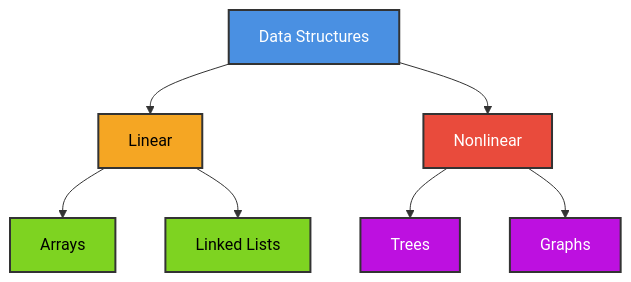
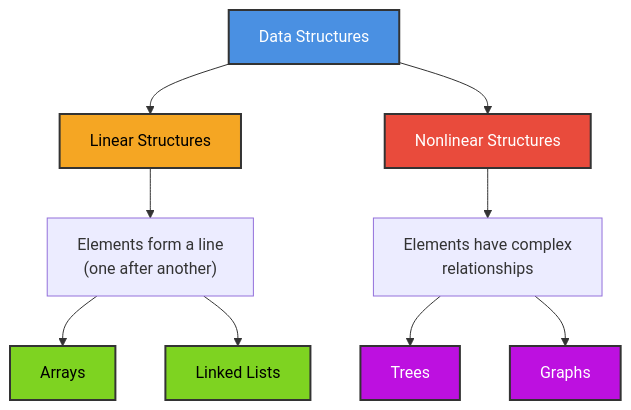
Before and after one commit to M-F-Tushar/CSE-2101-Data-Structure: the first of 39 diagrams in Chapter 4 - Arrays, Records and Pointers/README.md, drawn with Mermaid. The commit also changed other lines of this file, not shown here.

````diff
--- a/Chapter 4 - Arrays, Records and Pointers/README.md
+++ b/Chapter 4 - Arrays, Records and Pointers/README.md
@@ -30,17 +29,19 @@
 ```mermaid
 graph TD
-    A[Data Structures] --> B[Linear]
-    A --> C[Nonlinear]
-    B --> D[Arrays]
-    B --> E[Linked Lists]
-    C --> F[Trees]
-    C --> G[Graphs]
+    A[Data Structures] --> B[Linear Structures]
+    A --> C[Nonlinear Structures]
+    B --> D["Elements form a line<br/>(one after another)"]
+    C --> E["Elements have complex<br/>relationships"]
+    D --> F[Arrays]
+    D --> G[Linked Lists]
+    E --> H[Trees]
+    E --> I[Graphs]
     
     style A fill:#4A90E2,stroke:#333,stroke-width:2px,color:#fff
     style B fill:#F5A623,stroke:#333,stroke-width:2px,color:#000
     style C fill:#E94B3C,stroke:#333,stroke-width:2px,color:#fff
-    style D fill:#7ED321,stroke:#333,stroke-width:2px,color:#000
-    style E fill:#7ED321,stroke:#333,stroke-width:2px,color:#000
-    style F fill:#BD10E0,stroke:#333,stroke-width:2px,color:#fff
-    style G fill:#BD10E0,stroke:#333,stroke-width:2px,color:#fff
+    style F fill:#7ED321,stroke:#333,stroke-width:2px,color:#000
+    style G fill:#7ED321,stroke:#333,stroke-width:2px,color:#000
+    style H fill:#BD10E0,stroke:#333,stroke-width:2px,color:#fff
+    style I fill:#BD10E0,stroke:#333,stroke-width:2px,color:#fff
 ```
````
